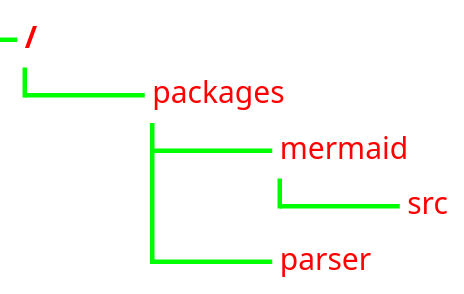
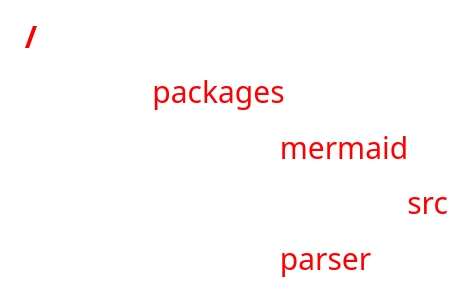
One commit to sramire3000/documentacion changed the seventh of 7 diagrams in git/Mermaid.md. Above: the diagram before and after it, drawn with Mermaid.

````diff
--- a/git/Mermaid.md
+++ b/git/Mermaid.md
@@ -98,19 +98,19 @@
 ```mermaid
 ---
 config:
     treeView:
         rowIndent: 80
         lineThickness: 3
     themeVariables:
         treeView:
             labelFontSize: '20px'
             labelColor: '#FF0000'
-            lineColor: '#00FF00'
+            lineColor: '#FFFFFF'
 ---
 treeView-beta
     "packages"
         "mermaid"
             "src"
         "parser"
 
 ```
````
